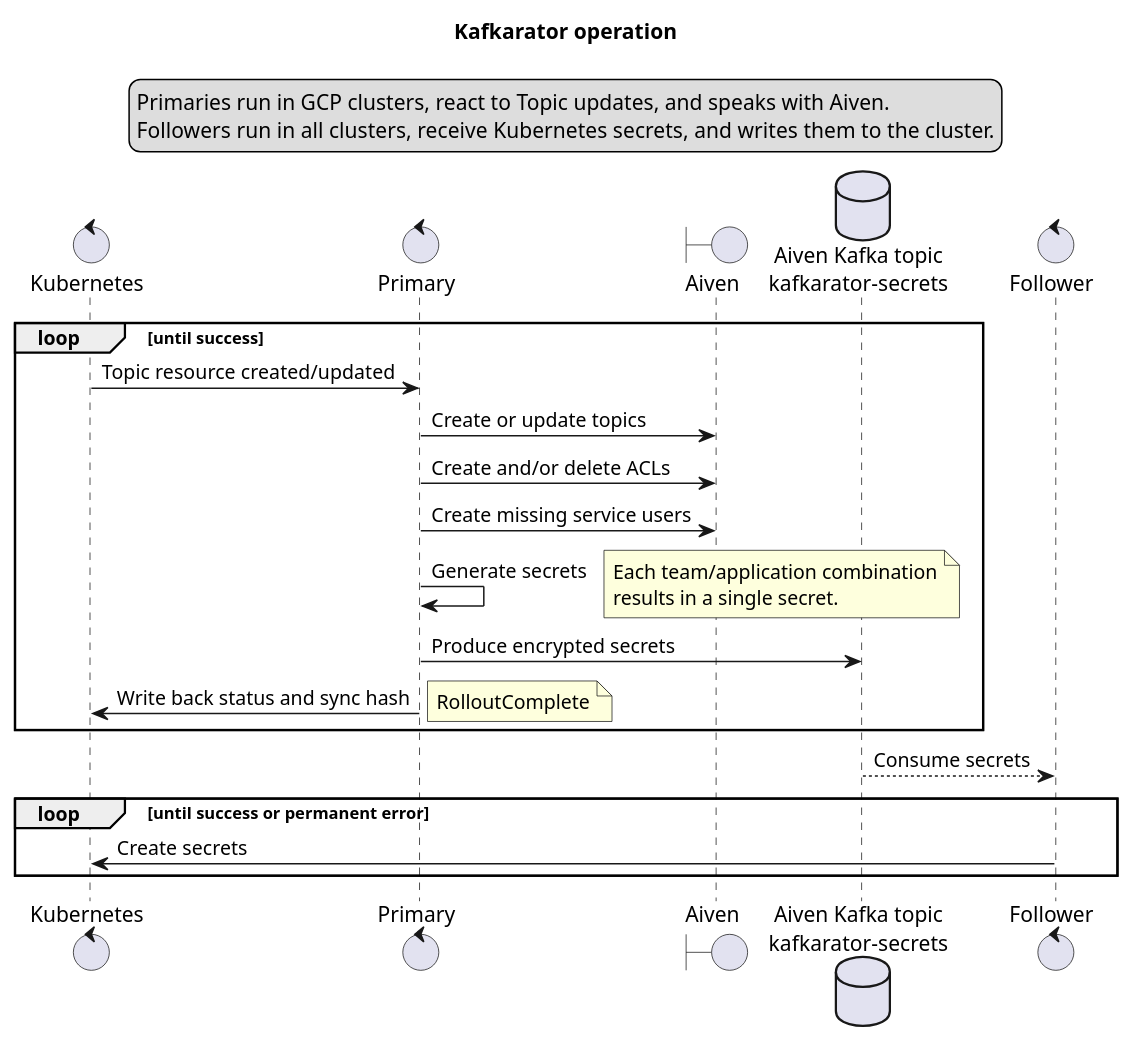
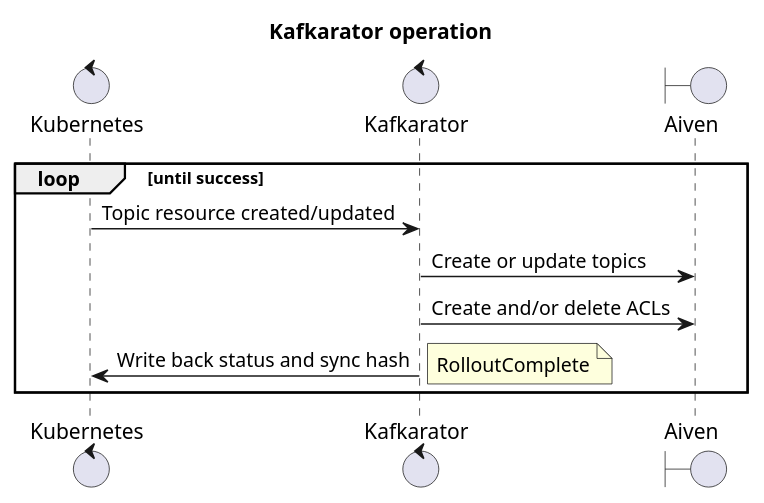
The diagram in doc/kafkarator.puml (nais/kafkarator), drawn with PlantUML before and after one commit. The commit also changed 1 other file, not shown here.

Commit message:
Update operational diagram

```diff
--- a/doc/kafkarator.puml
+++ b/doc/kafkarator.puml
@@ -1,34 +1,17 @@
 @startuml
 
 title Kafkarator operation
 
 control kubernetes as "Kubernetes"
-control primary as "Primary"
+control kafkarator as "Kafkarator"
 boundary aiven as "Aiven"
-database kafka as "Aiven Kafka topic\nkafkarator-secrets"
-control follower as "Follower"
-
-legend top center
-Primaries run in GCP clusters, react to Topic updates, and speaks with Aiven.
-Followers run in all clusters, receive Kubernetes secrets, and writes them to the cluster.
-endlegend
 
 loop until success
-kubernetes -> primary : Topic resource created/updated
-primary -> aiven : Create or update topics
-primary -> aiven : Create and/or delete ACLs
-primary -> aiven : Create missing service users
-primary -> primary : Generate secrets
-note right: Each team/application combination\nresults in a single secret.
-primary -> kafka : Produce encrypted secrets
-primary -> kubernetes : Write back status and sync hash
+kubernetes -> kafkarator : Topic resource created/updated
+kafkarator -> aiven : Create or update topics
+kafkarator -> aiven : Create and/or delete ACLs
+kafkarator -> kubernetes : Write back status and sync hash
 note right: RolloutComplete
 end
 
-kafka --> follower : Consume secrets
-
-loop until success or permanent error
-    follower -> kubernetes : Create secrets
-end
-
 @enduml
```
